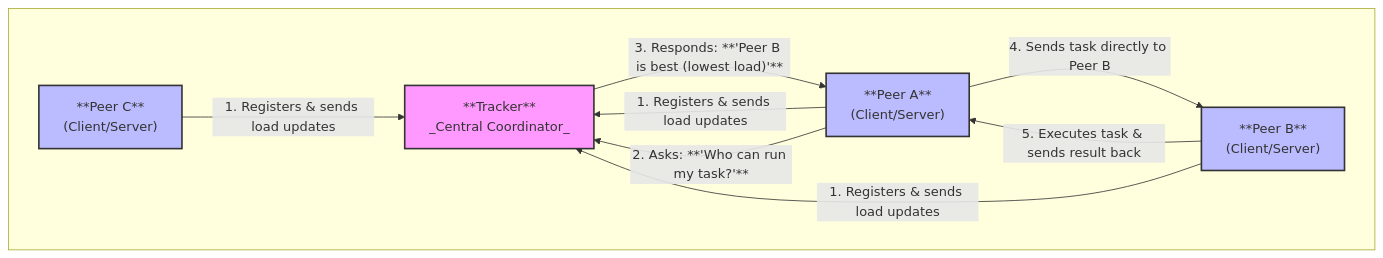
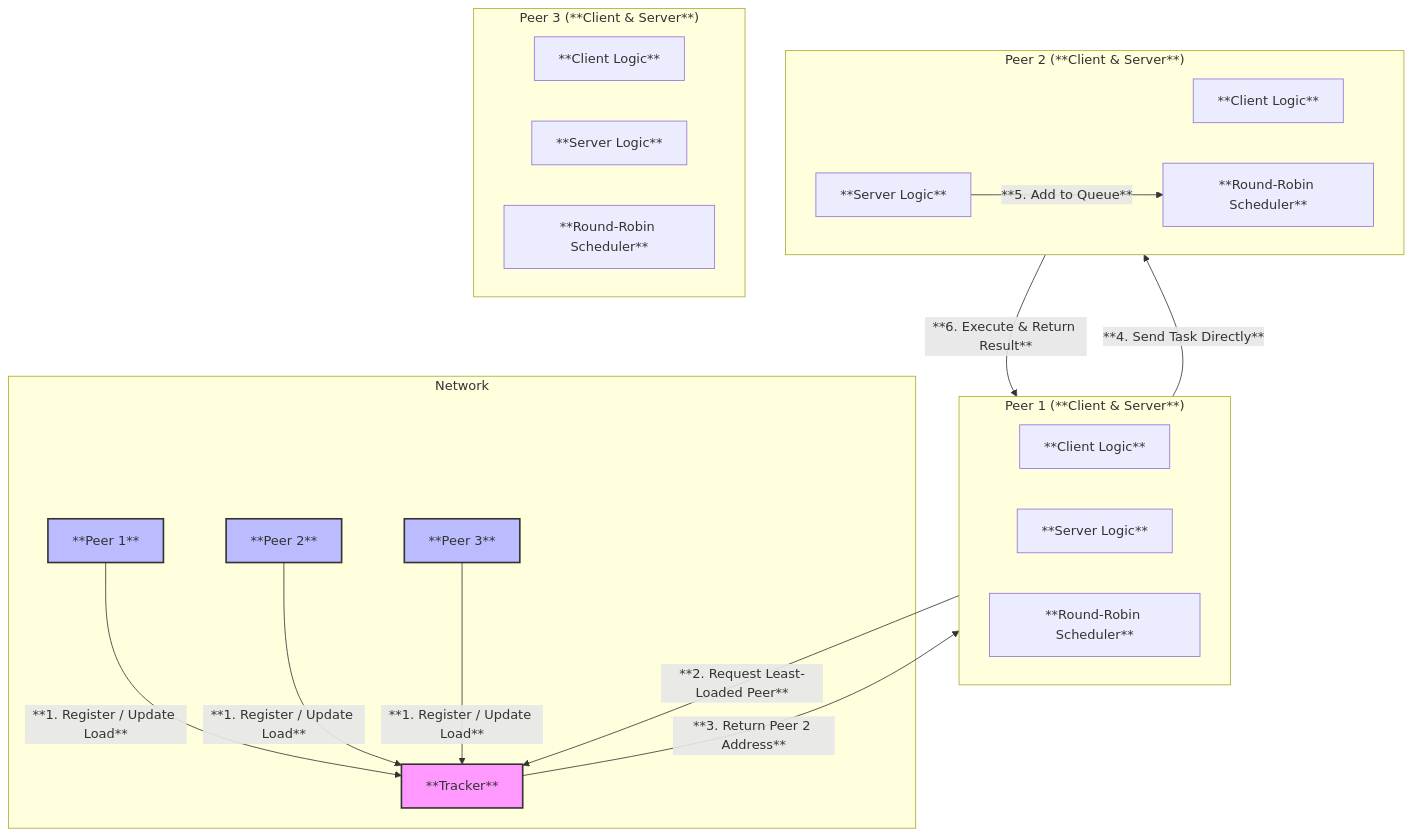
Before and after one commit to AbdullahhussainYasim/p2p-os-term-project: the first of 2 diagrams in README.md, drawn with Mermaid. The commit also changed other lines of this file, not shown here.

````diff
--- a/README.md
+++ b/README.md
@@ -31,23 +32,45 @@
 ```mermaid
 graph TD
-    subgraph " "
-        T["**Tracker**<br/>_Central Coordinator_"]
-        P1["**Peer A**<br/>(Client/Server)"]
-        P2["**Peer B**<br/>(Client/Server)"]
-        P3["**Peer C**<br/>(Client/Server)"]
+    subgraph Network
+        T[**Tracker**]
+        P1[**Peer 1**]
+        P2[**Peer 2**]
+        P3[**Peer 3**]
+    end
+
+    subgraph "Peer 1 (**Client & Server**)"
+        direction LR
+        P1_Client[**Client Logic**]
+        P1_Server[**Server Logic**]
+        P1_RR[**Round-Robin Scheduler**]
+    end
+
+    subgraph "Peer 2 (**Client & Server**)"
+        direction LR
+        P2_Client[**Client Logic**]
+        P2_Server[**Server Logic**]
+        P2_RR[**Round-Robin Scheduler**]
+    end
+
+    subgraph "Peer 3 (**Client & Server**)"
+        direction LR
+        P3_Client[**Client Logic**]
+        P3_Server[**Server Logic**]
+        P3_RR[**Round-Robin Scheduler**]
     end
 
     style T fill:#f9f,stroke:#333,stroke-width:2px
     style P1 fill:#bbf,stroke:#333,stroke-width:2px
     style P2 fill:#bbf,stroke:#333,stroke-width:2px
     style P3 fill:#bbf,stroke:#333,stroke-width:2px
 
-    P1 -- "1. Registers & sends load updates" --> T
-    P2 -- "1. Registers & sends load updates" --> T
-    P3 -- "1. Registers & sends load updates" --> T
+    P1 -- "**1. Register / Update Load**" --> T
+    P2 -- "**1. Register / Update Load**" --> T
+    P3 -- "**1. Register / Update Load**" --> T
 
-    P1 -- "2. Asks: **'Who can run my task?'**" --> T
-    T -- "3. Responds: **'Peer B is best (lowest load)'**" --> P1
-    P1 -- "4. Sends task directly to Peer B" --> P2
-    P2 -- "5. Executes task & sends result back" --> P1
+    P1_Client -- "**2. Request Least-Loaded Peer**" --> T
+    T -- "**3. Return Peer 2 Address**" --> P1_Client
+    P1_Client -- "**4. Send Task Directly**" --> P2_Server
+    P2_Server -- "**5. Add to Queue**" --> P2_RR
+    P2_RR -- "**6. Execute & Return Result**" --> P1_Client
 ```
````
